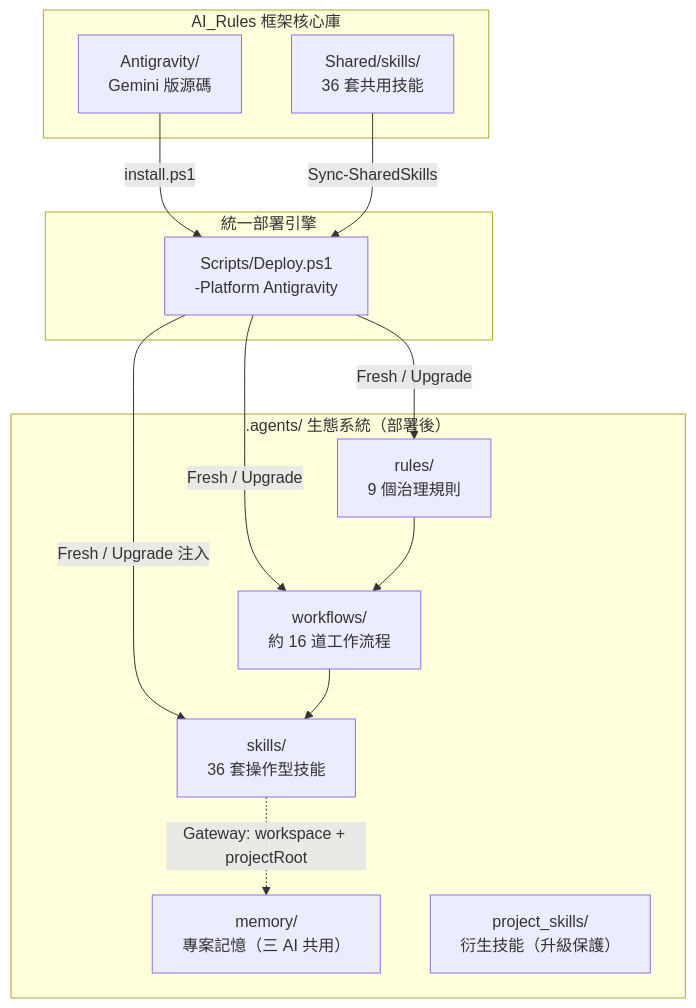
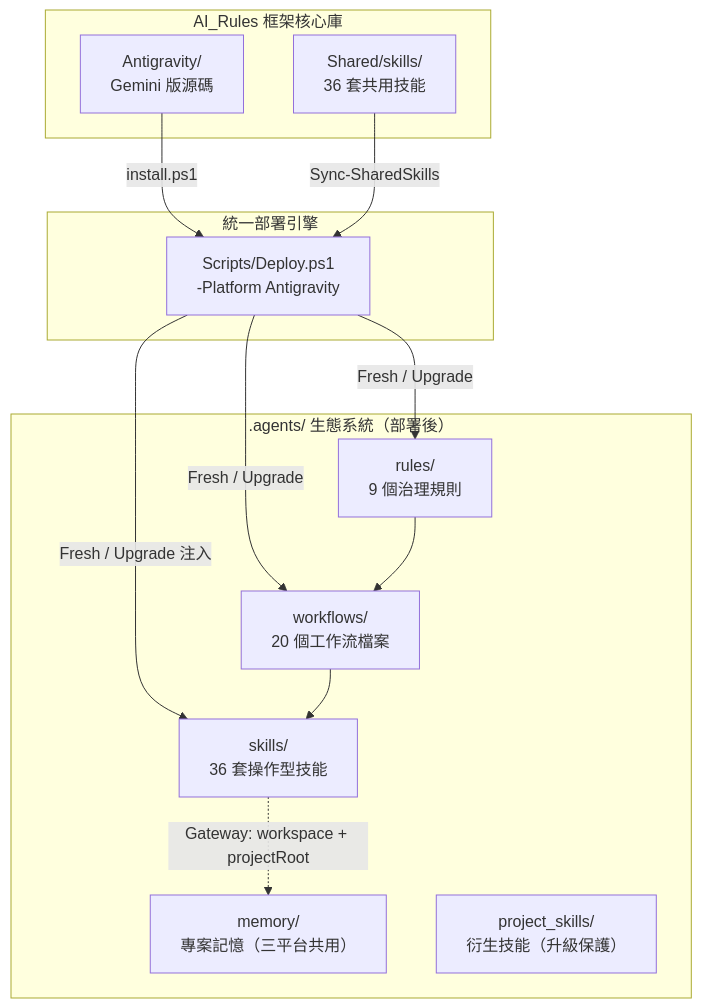
Before and after one commit to Kunshao1117/AI_Rules: the first of 3 diagrams in Antigravity/README.md, drawn with Mermaid. The commit also changed other lines of this file and 111 other files, not shown here.

````diff
--- a/Antigravity/README.md
+++ b/Antigravity/README.md
@@ -79,28 +79,28 @@
 ```mermaid
 graph TB
     subgraph "AI_Rules 框架核心庫"
         SRC["Antigravity/<br/>Gemini 版源碼"]
         SH["Shared/skills/<br/>36 套共用技能"]
     end
 
     subgraph "統一部署引擎"
         DEPLOY["Scripts/Deploy.ps1<br/>-Platform Antigravity"]
     end
 
     subgraph ".agents/ 生態系統（部署後）"
         RULES["rules/<br/>9 個治理規則"]
-        WF["workflows/<br/>約 16 道工作流程"]
+        WF["workflows/<br/>20 個工作流檔案"]
         SKILLS["skills/<br/>36 套操作型技能"]
-        MEM["memory/<br/>專案記憶（三 AI 共用）"]
+        MEM["memory/<br/>專案記憶（三平台共用）"]
         PROJ["project_skills/<br/>衍生技能（升級保護）"]
     end
 
     SRC -->|"install.ps1"| DEPLOY
     SH -->|"Sync-SharedSkills"| DEPLOY
     DEPLOY -->|"Fresh / Upgrade"| RULES
     DEPLOY -->|"Fresh / Upgrade"| WF
     DEPLOY -->|"Fresh / Upgrade 注入"| SKILLS
     RULES --> WF
     WF --> SKILLS
     SKILLS -.->|"Gateway: workspace + projectRoot"| MEM
 ```
````
